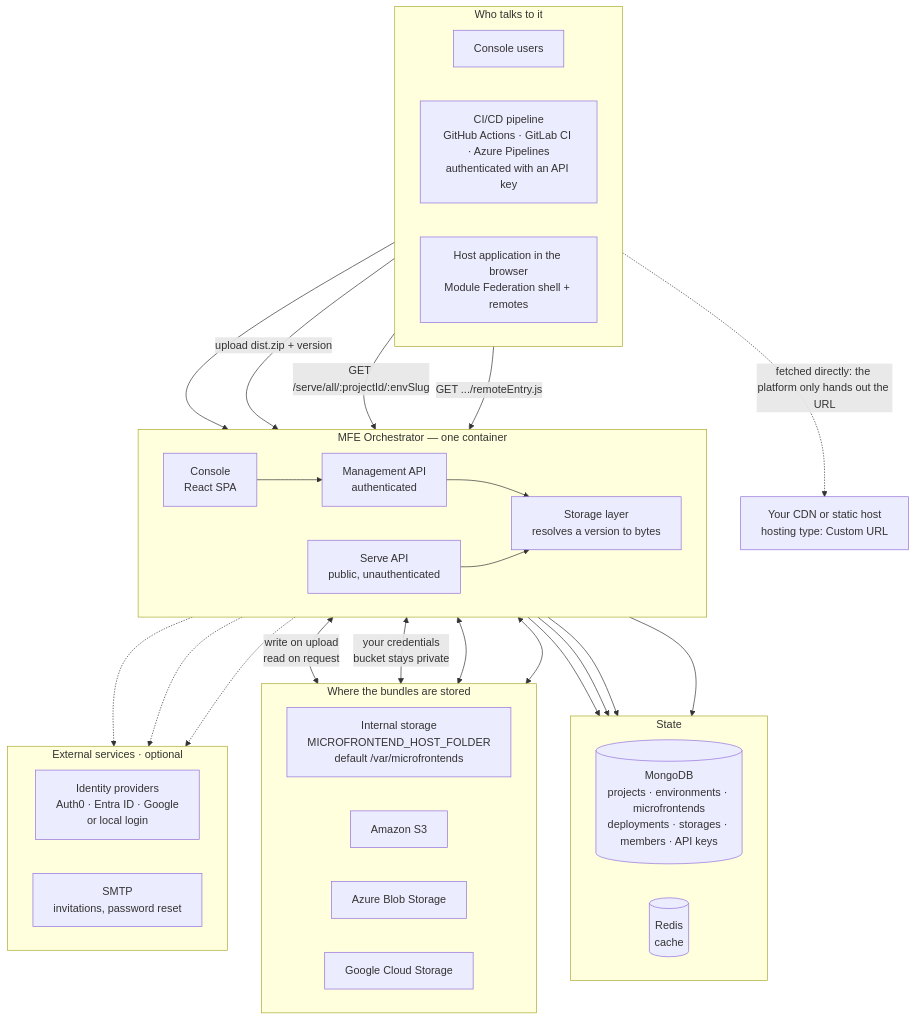
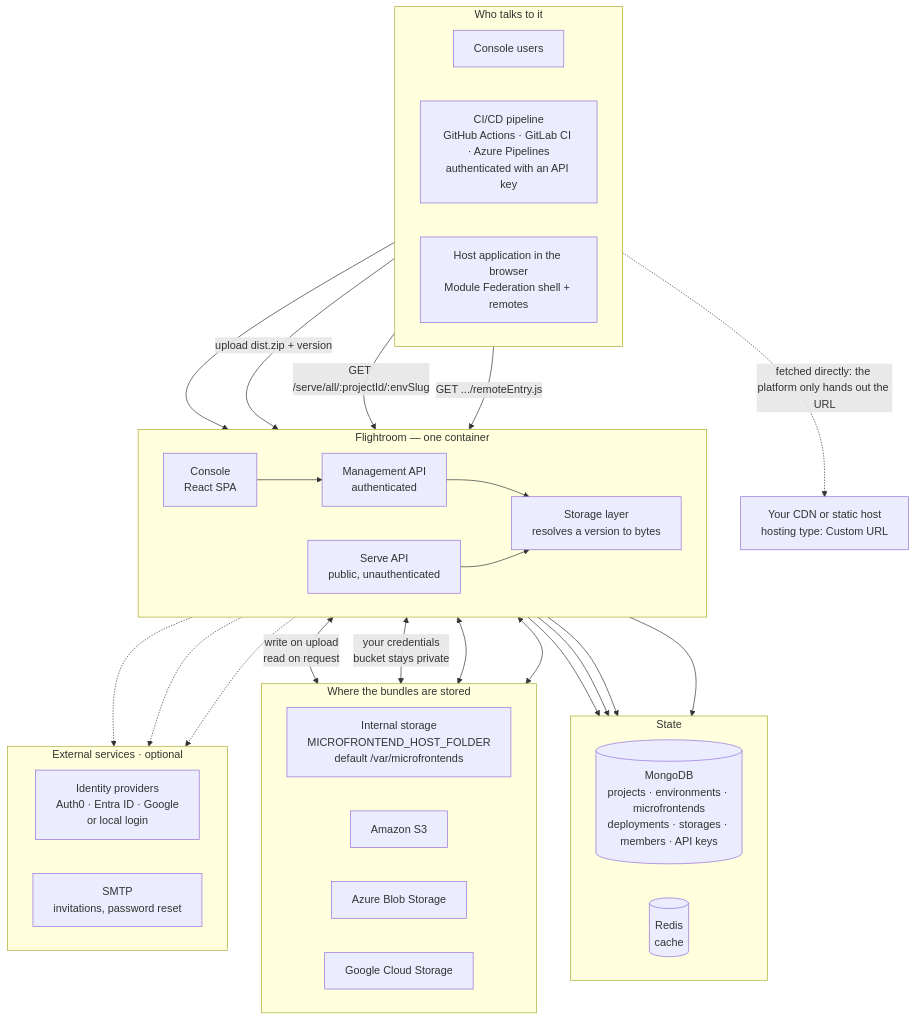
The first of 4 diagrams in docs/architecture.md (flightroom/documentation), drawn with Mermaid before and after one commit. The commit also changed other lines of this file and 60 other files, not shown here.

````diff
--- a/docs/architecture.md
+++ b/docs/architecture.md
@@ -25,63 +25,63 @@
 ```mermaid
 flowchart TB
     subgraph clients["Who talks to it"]
         direction LR
         people["Console users"]
         ci["CI/CD pipeline<br/>GitHub Actions · GitLab CI · Azure Pipelines<br/>authenticated with an API key"]
         browser["Host application in the browser<br/>Module Federation shell + remotes"]
     end
 
-    subgraph orch["MFE Orchestrator — one container"]
+    subgraph orch["Flightroom — one container"]
         direction LR
         console["Console<br/>React SPA"]
         mgmt["Management API<br/>authenticated"]
         serve["Serve API<br/>public, unauthenticated"]
         storage["Storage layer<br/>resolves a version to bytes"]
     end
 
     subgraph state["State"]
         direction LR
         mongo[("MongoDB<br/>projects · environments · microfrontends<br/>deployments · storages · members · API keys")]
         redis[("Redis<br/>cache")]
     end
 
     subgraph artifacts["Where the bundles are stored"]
         direction LR
         internal["Internal storage<br/>MICROFRONTEND_HOST_FOLDER<br/>default /var/microfrontends"]
         s3["Amazon S3"]
         blob["Azure Blob Storage"]
         gcs["Google Cloud Storage"]
     end
 
     subgraph optional["External services · optional"]
         direction LR
         idp["Identity providers<br/>Auth0 · Entra ID · Google<br/>or local login"]
         smtp["SMTP<br/>invitations, password reset"]
     end
 
     ext["Your CDN or static host<br/>hosting type: Custom URL"]
 
     people --> console
     console --> mgmt
     ci -->|"upload dist.zip + version"| mgmt
     browser -->|"GET /serve/all/:projectId/:envSlug"| serve
     browser -->|"GET .../remoteEntry.js"| serve
 
     mgmt --> storage
     serve --> storage
     mgmt --> mongo
     mgmt --> redis
     serve --> mongo
     serve --> redis
 
     console -.-> idp
     mgmt -.-> idp
     mgmt -.-> smtp
 
     storage <-->|"write on upload<br/>read on request"| internal
     storage <-->|"your credentials<br/>bucket stays private"| s3
     storage <--> blob
     storage <--> gcs
 
     browser -.->|"fetched directly: the platform only hands out the URL"| ext
 ```
````
